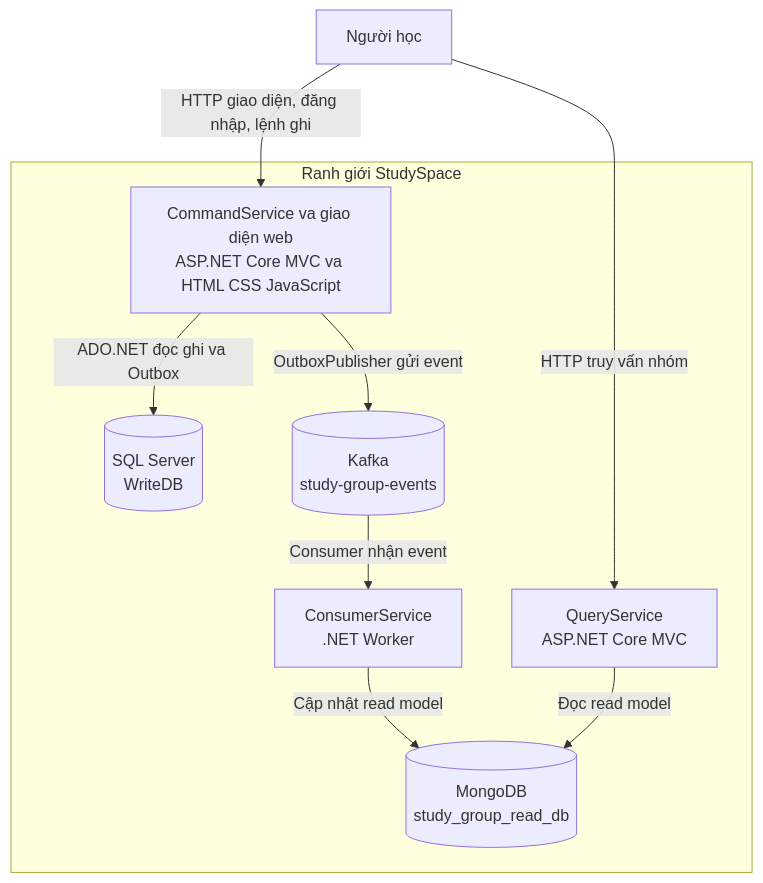
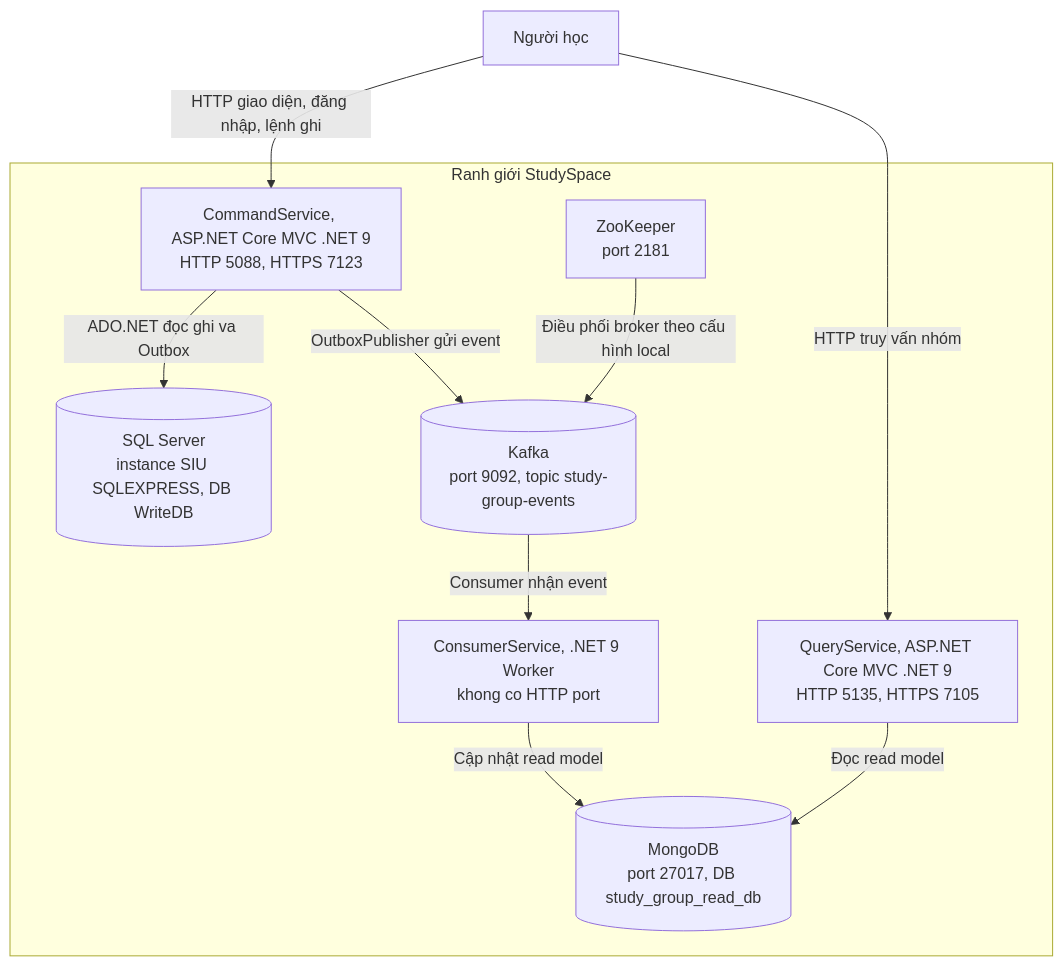
One commit to lein69/CQRS changed the second of 6 diagrams in README_C4.md. Above: the diagram before and after it, drawn with Mermaid. The commit also changed other lines of this file and 28 other files, not shown here.

````diff
--- a/README_C4.md
+++ b/README_C4.md
@@ -78,19 +81,21 @@
 ```mermaid
 flowchart TD
   cntUser["Người học"]
   subgraph cntStudySpace["Ranh giới StudySpace"]
-    cntCommand["CommandService va giao diện web<br/>ASP.NET Core MVC va HTML CSS JavaScript"]
-    cntQuery["QueryService<br/>ASP.NET Core MVC"]
-    cntConsumer["ConsumerService<br/>.NET Worker"]
-    cntSql[("SQL Server<br/>WriteDB")]
-    cntKafka[("Kafka<br/>study-group-events")]
-    cntMongo[("MongoDB<br/>study_group_read_db")]
+    cntCommand["CommandService, ASP.NET Core MVC .NET 9<br/>HTTP 5088, HTTPS 7123"]
+    cntQuery["QueryService, ASP.NET Core MVC .NET 9<br/>HTTP 5135, HTTPS 7105"]
+    cntConsumer["ConsumerService, .NET 9 Worker<br/>khong co HTTP port"]
+    cntSql[("SQL Server<br/>instance SIU SQLEXPRESS, DB WriteDB")]
+    cntKafka[("Kafka<br/>port 9092, topic study-group-events")]
+    cntZoo["ZooKeeper<br/>port 2181"]
+    cntMongo[("MongoDB<br/>port 27017, DB study_group_read_db")]
   end
   cntUser -->|"HTTP giao diện, đăng nhập, lệnh ghi"| cntCommand
   cntUser -->|"HTTP truy vấn nhóm"| cntQuery
   cntCommand -->|"ADO.NET đọc ghi va Outbox"| cntSql
   cntCommand -->|"OutboxPublisher gửi event"| cntKafka
   cntKafka -->|"Consumer nhận event"| cntConsumer
   cntConsumer -->|"Cập nhật read model"| cntMongo
   cntQuery -->|"Đọc read model"| cntMongo
+  cntZoo -->|"Điều phối broker theo cấu hình local"| cntKafka
 ```
````
